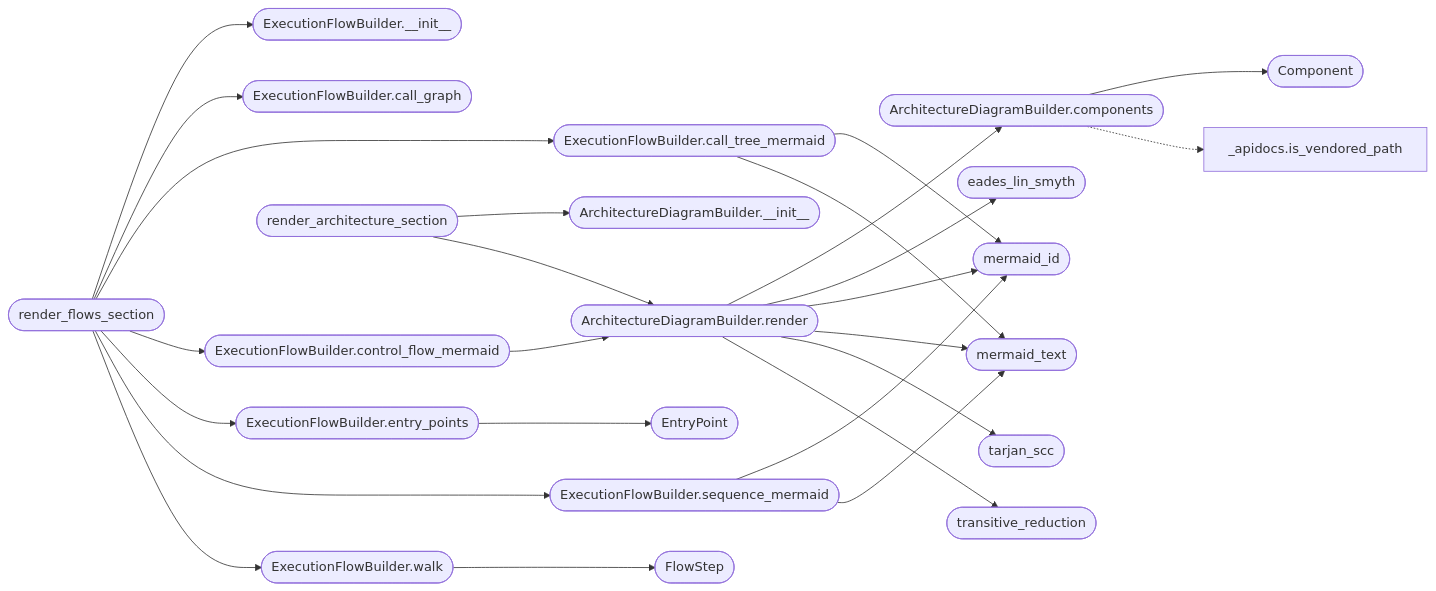
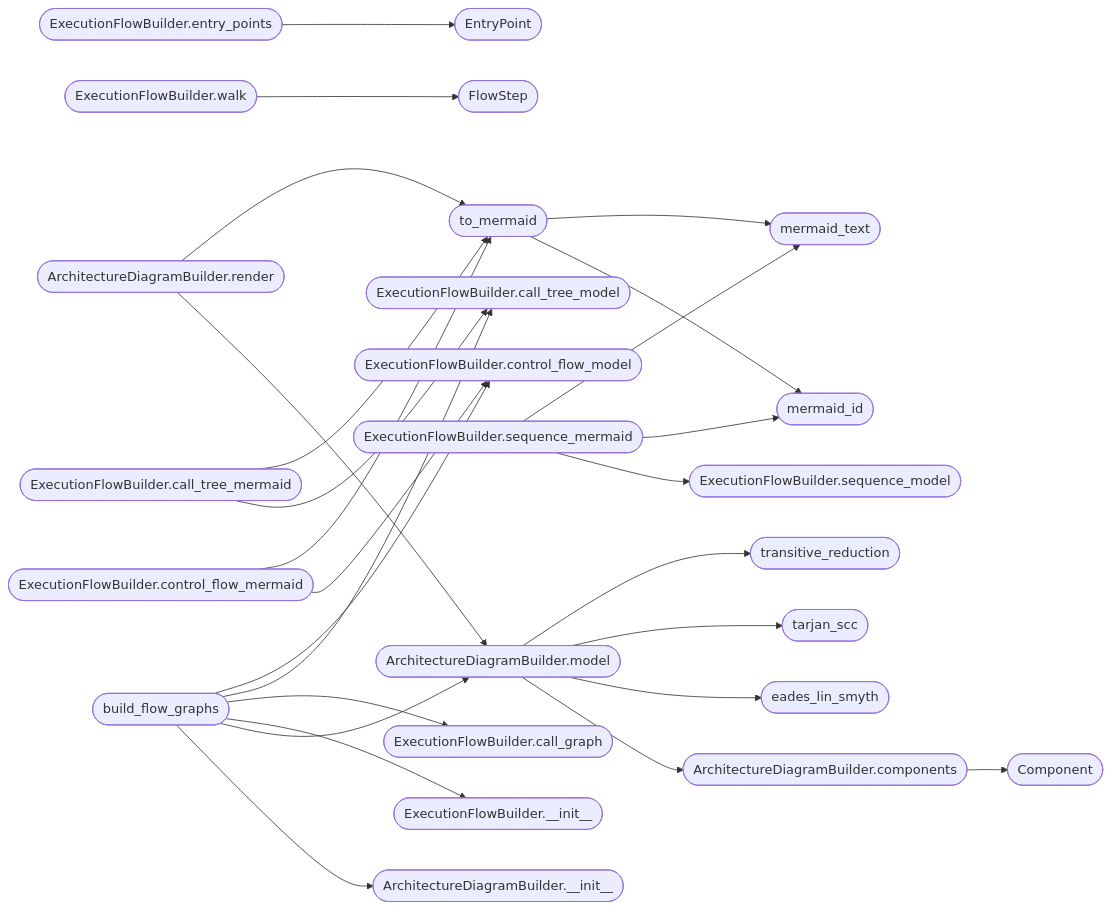
Before and after one commit to grisuno/ReadMenator: the second of 2 diagrams in readmenator-apidocs/modules/readmenator._flowcharts.py.md, drawn with Mermaid. The commit also changed other lines of this file and 224 other files, not shown here.

Commit message:
new diagrams :D

````diff
--- a/readmenator-apidocs/modules/readmenator._flowcharts.py.md
+++ b/readmenator-apidocs/modules/readmenator._flowcharts.py.md
@@ -74,48 +79,51 @@
 ```mermaid
 flowchart LR
     n_readmenator__flowcharts_py__ArchitectureDiagramBuilder_components(["ArchitectureDiagramBuilder.components"])
     n_readmenator__flowcharts_py__Component(["Component"])
-    n_readmenator__flowcharts_py__ArchitectureDiagramBuilder_render(["ArchitectureDiagramBuilder.render"])
+    n_readmenator__flowcharts_py__ArchitectureDiagramBuilder_model(["ArchitectureDiagramBuilder.model"])
     n_readmenator__flowcharts_py__eades_lin_smyth(["eades_lin_smyth"])
-    n_readmenator__flowcharts_py__mermaid_id(["mermaid_id"])
-    n_readmenator__flowcharts_py__mermaid_text(["mermaid_text"])
     n_readmenator__flowcharts_py__tarjan_scc(["tarjan_scc"])
     n_readmenator__flowcharts_py__transitive_reduction(["transitive_reduction"])
+    n_readmenator__flowcharts_py__ArchitectureDiagramBuilder_render(["ArchitectureDiagramBuilder.render"])
+    n_readmenator__flowcharts_py__to_mermaid(["to_mermaid"])
     n_readmenator__flowcharts_py__ExecutionFlowBuilder_entry_points(["ExecutionFlowBuilder.entry_points"])
     n_readmenator__flowcharts_py__EntryPoint(["EntryPoint"])
     n_readmenator__flowcharts_py__ExecutionFlowBuilder_walk(["ExecutionFlowBuilder.walk"])
     n_readmenator__flowcharts_py__FlowStep(["FlowStep"])
     n_readmenator__flowcharts_py__ExecutionFlowBuilder_call_tree_mermaid(["ExecutionFlowBuilder.call_tree_mermaid"])
+    n_readmenator__flowcharts_py__ExecutionFlowBuilder_call_tree_model(["ExecutionFlowBuilder.call_tree_model"])
     n_readmenator__flowcharts_py__ExecutionFlowBuilder_sequence_mermaid(["ExecutionFlowBuilder.sequence_mermaid"])
+    n_readmenator__flowcharts_py__ExecutionFlowBuilder_sequence_model(["ExecutionFlowBuilder.sequence_model"])
+    n_readmenator__flowcharts_py__mermaid_id(["mermaid_id"])
+    n_readmenator__flowcharts_py__mermaid_text(["mermaid_text"])
     n_readmenator__flowcharts_py__ExecutionFlowBuilder_control_flow_mermaid(["ExecutionFlowBuilder.control_flow_mermaid"])
-    n_readmenator__flowcharts_py__render_architecture_section(["render_architecture_section"])
+    n_readmenator__flowcharts_py__ExecutionFlowBuilder_control_flow_model(["ExecutionFlowBuilder.control_flow_model"])
+    n_readmenator__flowcharts_py__build_flow_graphs(["build_flow_graphs"])
     n_readmenator__flowcharts_py__ArchitectureDiagramBuilder___init__(["ArchitectureDiagramBuilder.__init__"])
-    n_readmenator__flowcharts_py__render_flows_section(["render_flows_section"])
     n_readmenator__flowcharts_py__ExecutionFlowBuilder___init__(["ExecutionFlowBuilder.__init__"])
     n_readmenator__flowcharts_py__ExecutionFlowBuilder_call_graph(["ExecutionFlowBuilder.call_graph"])
-    n_readmenator__apidocs_py__is_vendored_path["_apidocs.is_vendored_path"]
     n_readmenator__flowcharts_py__ArchitectureDiagramBuilder_components --> n_readmenator__flowcharts_py__Component
-    n_readmenator__flowcharts_py__ArchitectureDiagramBuilder_render --> n_readmenator__flowcharts_py__ArchitectureDiagramBuilder_components
-    n_readmenator__flowcharts_py__ArchitectureDiagramBuilder_render --> n_readmenator__flowcharts_py__eades_lin_smyth
-    n_readmenator__flowcharts_py__ArchitectureDiagramBuilder_render --> n_readmenator__flowcharts_py__mermaid_id
-    n_readmenator__flowcharts_py__ArchitectureDiagramBuilder_render --> n_readmenator__flowcharts_py__mermaid_text
-    n_readmenator__flowcharts_py__ArchitectureDiagramBuilder_render --> n_readmenator__flowcharts_py__tarjan_scc
-    n_readmenator__flowcharts_py__ArchitectureDiagramBuilder_render --> n_readmenator__flowcharts_py__transitive_reduction
+    n_readmenator__flowcharts_py__ArchitectureDiagramBuilder_model --> n_readmenator__flowcharts_py__ArchitectureDiagramBuilder_components
+    n_readmenator__flowcharts_py__ArchitectureDiagramBuilder_model --> n_readmenator__flowcharts_py__eades_lin_smyth
+    n_readmenator__flowcharts_py__ArchitectureDiagramBuilder_model --> n_readmenator__flowcharts_py__tarjan_scc
+    n_readmenator__flowcharts_py__ArchitectureDiagramBuilder_model --> n_readmenator__flowcharts_py__transitive_reduction
+    n_readmenator__flowcharts_py__ArchitectureDiagramBuilder_render --> n_readmenator__flowcharts_py__ArchitectureDiagramBuilder_model
+    n_readmenator__flowcharts_py__ArchitectureDiagramBuilder_render --> n_readmenator__flowcharts_py__to_mermaid
     n_readmenator__flowcharts_py__ExecutionFlowBuilder_entry_points --> n_readmenator__flowcharts_py__EntryPoint
     n_readmenator__flowcharts_py__ExecutionFlowBuilder_walk --> n_readmenator__flowcharts_py__FlowStep
-    n_readmenator__flowcharts_py__ExecutionFlowBuilder_call_tree_mermaid --> n_readmenator__flowcharts_py__mermaid_id
-    n_readmenator__flowcharts_py__ExecutionFlowBuilder_call_tree_mermaid --> n_readmenator__flowcharts_py__mermaid_text
+    n_readmenator__flowcharts_py__ExecutionFlowBuilder_call_tree_mermaid --> n_readmenator__flowcharts_py__ExecutionFlowBuilder_call_tree_model
+    n_readmenator__flowcharts_py__ExecutionFlowBuilder_call_tree_mermaid --> n_readmenator__flowcharts_py__to_mermaid
+    n_readmenator__flowcharts_py__ExecutionFlowBuilder_sequence_mermaid --> n_readmenator__flowcharts_py__ExecutionFlowBuilder_sequence_model
     n_readmenator__flowcharts_py__ExecutionFlowBuilder_sequence_mermaid --> n_readmenator__flowcharts_py__mermaid_id
     n_readmenator__flowcharts_py__ExecutionFlowBuilder_sequence_mermaid --> n_readmenator__flowcharts_py__mermaid_text
-    n_readmenator__flowcharts_py__ExecutionFlowBuilder_control_flow_mermaid --> n_readmenator__flowcharts_py__ArchitectureDiagramBuilder_render
-    n_readmenator__flowcharts_py__render_architecture_section --> n_readmenator__flowcharts_py__ArchitectureDiagramBuilder___init__
-    n_readmenator__flowcharts_py__render_architecture_section --> n_readmenator__flowcharts_py__ArchitectureDiagramBuilder_render
-    n_readmenator__flowcharts_py__render_flows_section --> n_readmenator__flowcharts_py__ExecutionFlowBuilder___init__
-    n_readmenator__flowcharts_py__render_flows_section --> n_readmenator__flowcharts_py__ExecutionFlowBuilder_call_graph
-    n_readmenator__flowcharts_py__render_flows_section --> n_readmenator__flowcharts_py__ExecutionFlowBuilder_call_tree_mermaid
-    n_readmenator__flowcharts_py__render_flows_section --> n_readmenator__flowcharts_py__ExecutionFlowBuilder_control_flow_mermaid
-    n_readmenator__flowcharts_py__render_flows_section --> n_readmenator__flowcharts_py__ExecutionFlowBuilder_entry_points
-    n_readmenator__flowcharts_py__render_flows_section --> n_readmenator__flowcharts_py__ExecutionFlowBuilder_sequence_mermaid
-    n_readmenator__flowcharts_py__render_flows_section --> n_readmenator__flowcharts_py__ExecutionFlowBuilder_walk
-    n_readmenator__flowcharts_py__ArchitectureDiagramBuilder_components -.-> n_readmenator__apidocs_py__is_vendored_path
+    n_readmenator__flowcharts_py__ExecutionFlowBuilder_control_flow_mermaid --> n_readmenator__flowcharts_py__ExecutionFlowBuilder_control_flow_model
+    n_readmenator__flowcharts_py__ExecutionFlowBuilder_control_flow_mermaid --> n_readmenator__flowcharts_py__to_mermaid
+    n_readmenator__flowcharts_py__to_mermaid --> n_readmenator__flowcharts_py__mermaid_id
+    n_readmenator__flowcharts_py__to_mermaid --> n_readmenator__flowcharts_py__mermaid_text
+    n_readmenator__flowcharts_py__build_flow_graphs --> n_readmenator__flowcharts_py__ArchitectureDiagramBuilder___init__
+    n_readmenator__flowcharts_py__build_flow_graphs --> n_readmenator__flowcharts_py__ArchitectureDiagramBuilder_model
+    n_readmenator__flowcharts_py__build_flow_graphs --> n_readmenator__flowcharts_py__ExecutionFlowBuilder___init__
+    n_readmenator__flowcharts_py__build_flow_graphs --> n_readmenator__flowcharts_py__ExecutionFlowBuilder_call_graph
+    n_readmenator__flowcharts_py__build_flow_graphs --> n_readmenator__flowcharts_py__ExecutionFlowBuilder_call_tree_model
+    n_readmenator__flowcharts_py__build_flow_graphs --> n_readmenator__flowcharts_py__ExecutionFlowBuilder_control_flow_model
 ```
````
